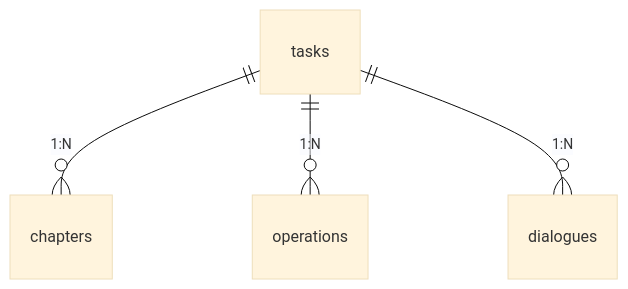
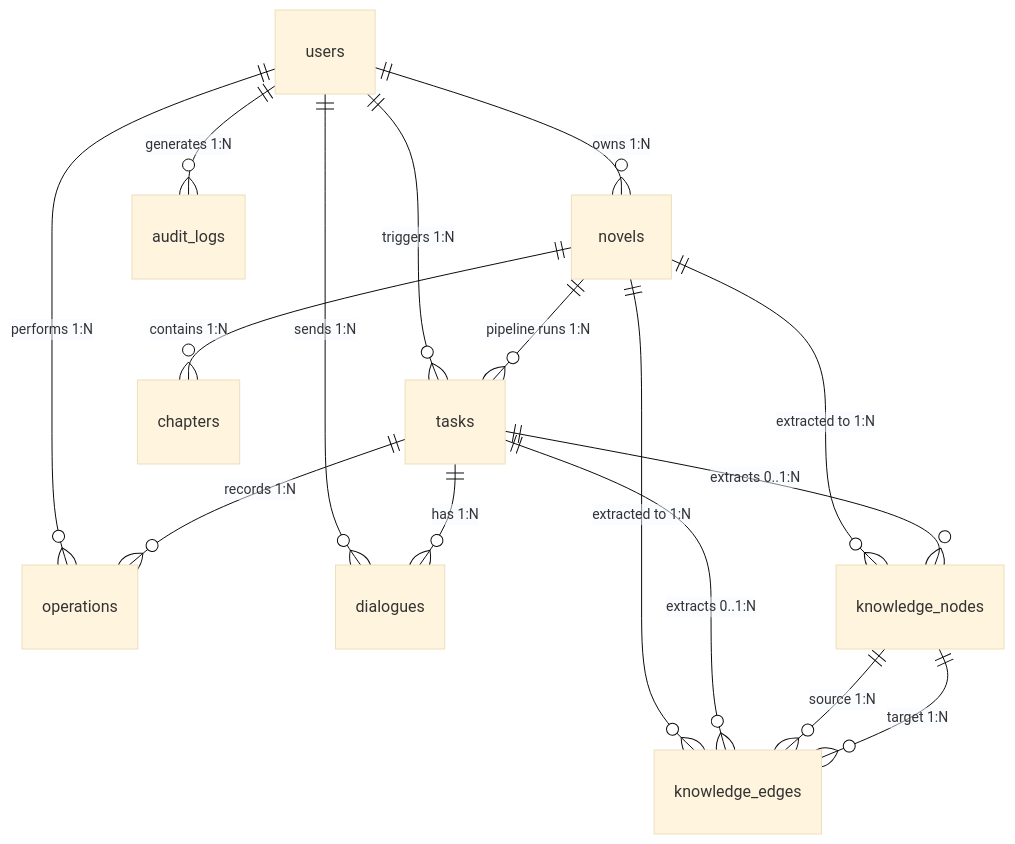
The sixth of 11 diagrams in docs/SDS 软件设计说明书.md (Dinosaur-MC/NovelScript), drawn with Mermaid (base theme) before and after one commit. The commit also changed other lines of this file and 1 other file, not shown here.

````diff
--- a/docs/SDS 软件设计说明书.md
+++ b/docs/SDS 软件设计说明书.md
@@ -452,6 +591,21 @@
 ```mermaid
 erDiagram
-    tasks ||--o{ chapters : "1:N"
-    tasks ||--o{ operations : "1:N"
-    tasks ||--o{ dialogues : "1:N"
+    users ||--o{ novels : "owns 1:N"
+    users ||--o{ tasks : "triggers 1:N"
+    users ||--o{ operations : "performs 1:N"
+    users ||--o{ dialogues : "sends 1:N"
+    users ||--o{ audit_logs : "generates 1:N"
+
+    novels ||--o{ tasks : "pipeline runs 1:N"
+    novels ||--o{ chapters : "contains 1:N"
+    novels ||--o{ knowledge_nodes : "extracted to 1:N"
+    novels ||--o{ knowledge_edges : "extracted to 1:N"
+
+    tasks ||--o{ operations : "records 1:N"
+    tasks ||--o{ dialogues : "has 1:N"
+    tasks ||--o{ knowledge_nodes : "extracts 0..1:N"
+    tasks ||--o{ knowledge_edges : "extracts 0..1:N"
+
+    knowledge_nodes ||--o{ knowledge_edges : "source 1:N"
+    knowledge_nodes ||--o{ knowledge_edges : "target 1:N"
 ```
````
